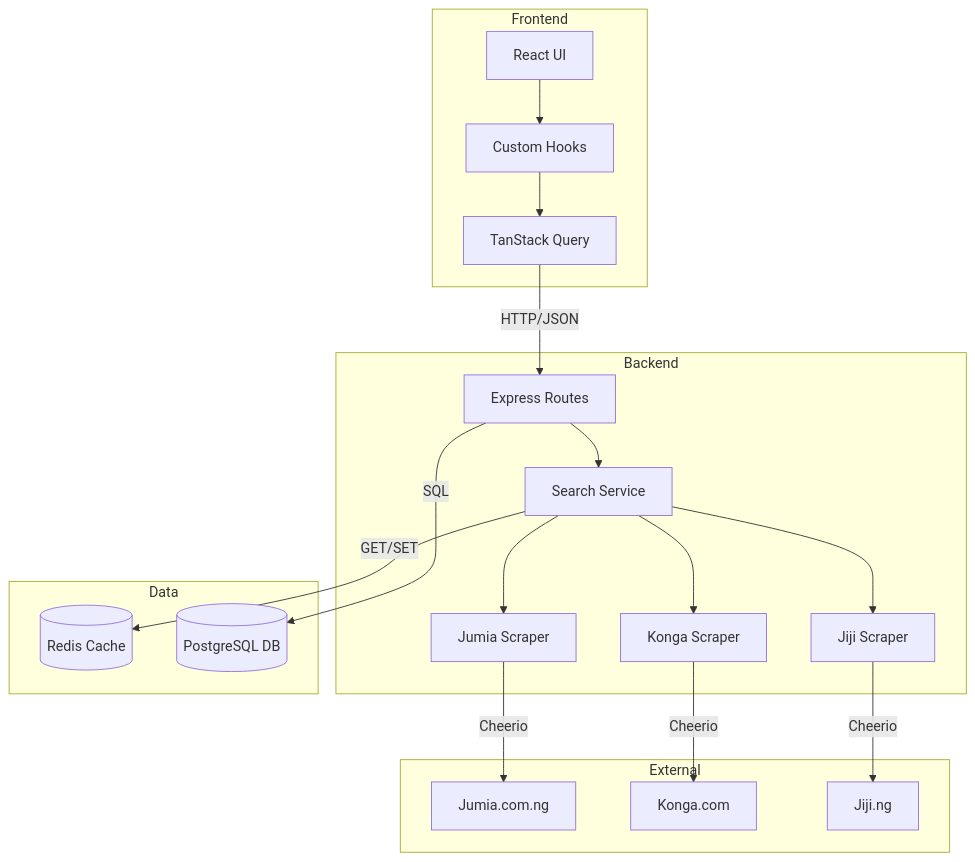
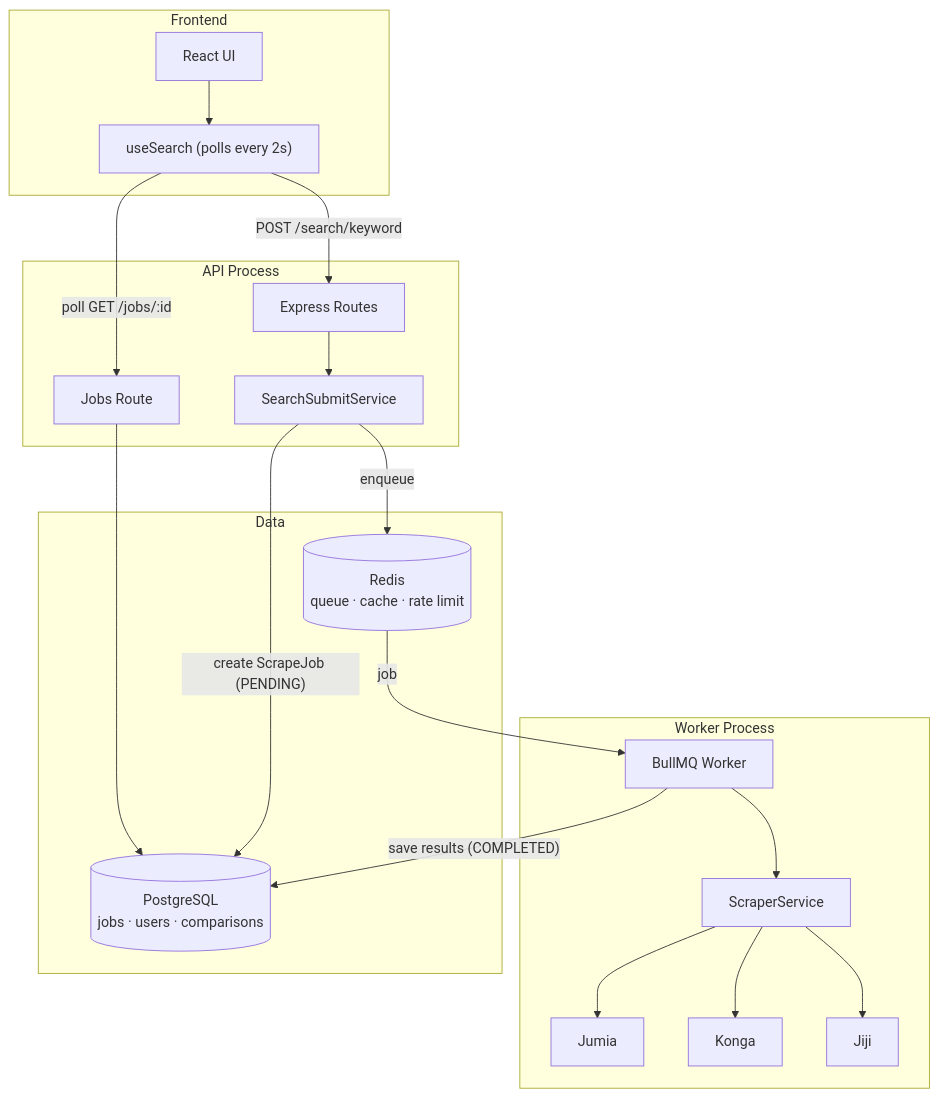
One commit to oluwatooki-GA/price-compare-ng changed the diagram in README.md. Above: the diagram before and after it, drawn with Mermaid. The commit also changed other lines of this file, not shown here.

Commit message:
docs: update README for async job queue, worker, and load tests

````diff
--- a/README.md
+++ b/README.md
@@ -39,35 +46,33 @@
 ```mermaid
 flowchart TB
     subgraph Frontend
         UI["React UI"]
-        Hooks["Custom Hooks"]
-        Query["TanStack Query"]
+        Hooks["useSearch (polls every 2s)"]
     end
 
-    subgraph Backend
+    subgraph API["API Process"]
         Routes["Express Routes"]
-        Service["Search Service"]
-        Scraper1["Jumia Scraper"]
-        Scraper2["Konga Scraper"]
-        Scraper3["Jiji Scraper"]
+        Submit["SearchSubmitService"]
+        JobsRoute["Jobs Route"]
+    end
+
+    subgraph WorkerProc["Worker Process"]
+        Worker["BullMQ Worker"]
+        Scraper["ScraperService"]
+        S1["Jumia"]
+        S2["Konga"]
+        S3["Jiji"]
     end
 
     subgraph Data
-        Redis[("Redis Cache")]
-        DB[("PostgreSQL DB")]
+        Redis[("Redis<br/>queue · cache · rate limit")]
+        DB[("PostgreSQL<br/>jobs · users · comparisons")]
     end
 
-    subgraph External
-        Jumia["Jumia.com.ng"]
-        Konga["Konga.com"]
-        Jiji["Jiji.ng"]
-    end
-
-    UI --> Hooks --> Query -->|"HTTP/JSON"| Routes
-    Routes --> Service -->|"GET/SET"| Redis
-    Routes -->|"SQL"| DB
-    Service --> Scraper1 & Scraper2 & Scraper3
-    Scraper1 -->|"Cheerio"| Jumia
-    Scraper2 -->|"Cheerio"| Konga
-    Scraper3 -->|"Cheerio"| Jiji
+    UI --> Hooks -->|"POST /search/keyword"| Routes
+    Routes --> Submit -->|"enqueue"| Redis
+    Submit -->|"create ScrapeJob (PENDING)"| DB
+    Hooks -->|"poll GET /jobs/:id"| JobsRoute --> DB
+    Redis -->|"job"| Worker --> Scraper --> S1 & S2 & S3
+    Worker -->|"save results (COMPLETED)"| DB
 ```
````
